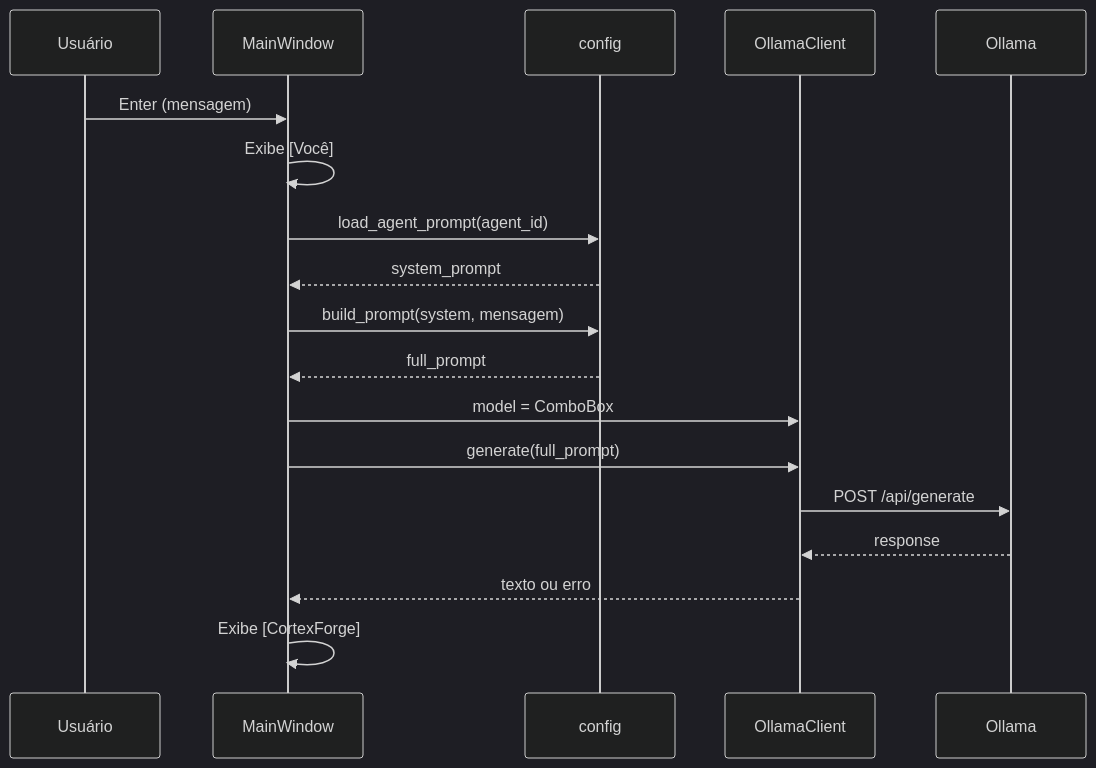
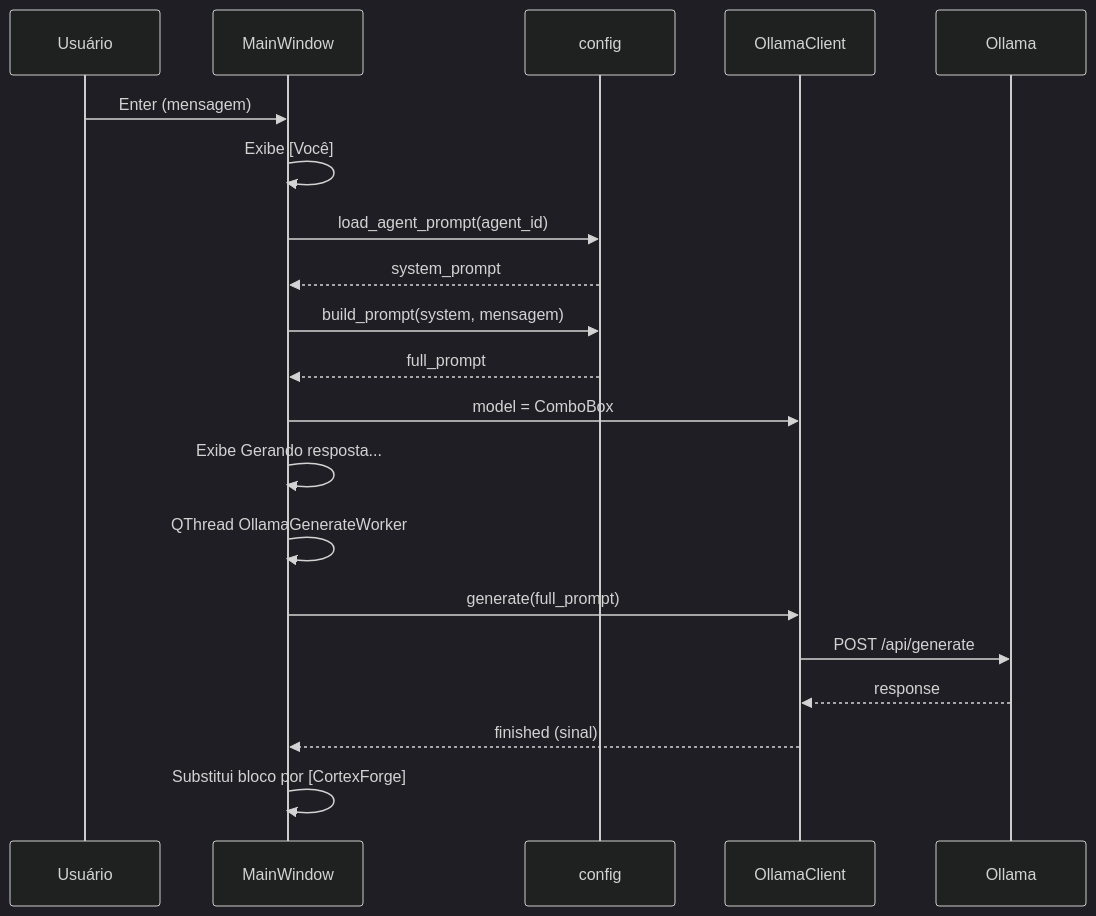
One commit to nilknarfsam/CortexForge changed the diagram in docs/ARCHITECTURE.md. Above: the diagram before and after it, drawn with Mermaid (dark theme). The commit also changed other lines of this file and 5 other files, not shown here.

````diff
--- a/docs/ARCHITECTURE.md
+++ b/docs/ARCHITECTURE.md
@@ -74,21 +79,23 @@
 ```mermaid
 sequenceDiagram
     participant U as Usuário
     participant MW as MainWindow
     participant CFG as config
     participant OC as OllamaClient
     participant OL as Ollama
 
     U->>MW: Enter (mensagem)
     MW->>MW: Exibe [Você]
     MW->>CFG: load_agent_prompt(agent_id)
     CFG-->>MW: system_prompt
     MW->>CFG: build_prompt(system, mensagem)
     CFG-->>MW: full_prompt
     MW->>OC: model = ComboBox
+    MW->>MW: Exibe Gerando resposta...
+    MW->>MW: QThread OllamaGenerateWorker
     MW->>OC: generate(full_prompt)
     OC->>OL: POST /api/generate
     OL-->>OC: response
-    OC-->>MW: texto ou erro
-    MW->>MW: Exibe [CortexForge]
+    OC-->>MW: finished (sinal)
+    MW->>MW: Substitui bloco por [CortexForge]
 ```
````
